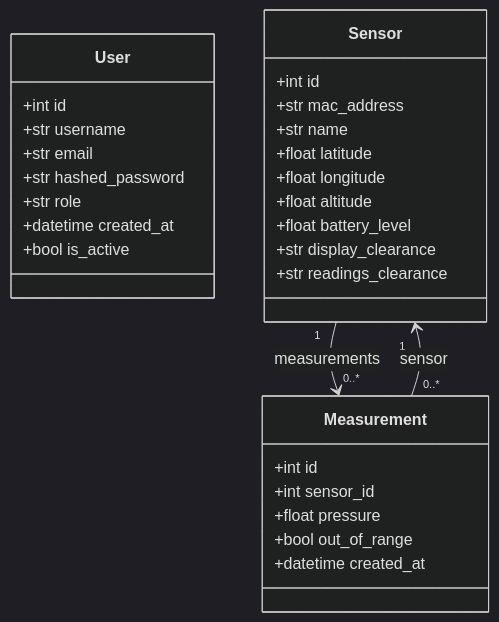
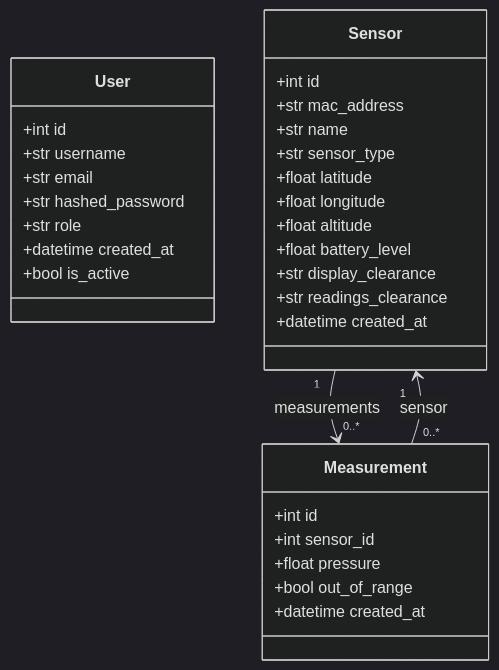
The diagram in docs/uml-class-diagram.md (pArcill/drucklogger), drawn with Mermaid (dark theme) before and after one commit. The commit also changed other lines of this file and 17 other files, not shown here.

````diff
--- a/docs/uml-class-diagram.md
+++ b/docs/uml-class-diagram.md
@@ -5,35 +5,37 @@
 ```mermaid
 classDiagram
     class User {
         +int id
         +str username
         +str email
         +str hashed_password
         +str role
         +datetime created_at
         +bool is_active
     }
 
     class Sensor {
         +int id
         +str mac_address
         +str name
+        +str sensor_type
         +float latitude
         +float longitude
         +float altitude
         +float battery_level
         +str display_clearance
         +str readings_clearance
+        +datetime created_at
     }
 
     class Measurement {
         +int id
         +int sensor_id
         +float pressure
         +bool out_of_range
         +datetime created_at
     }
 
     Sensor "1" --> "0..*" Measurement : measurements
     Measurement "0..*" --> "1" Sensor : sensor
 ```
````
